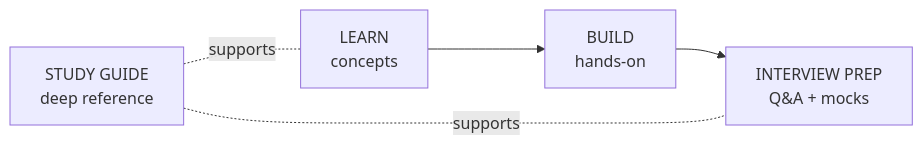
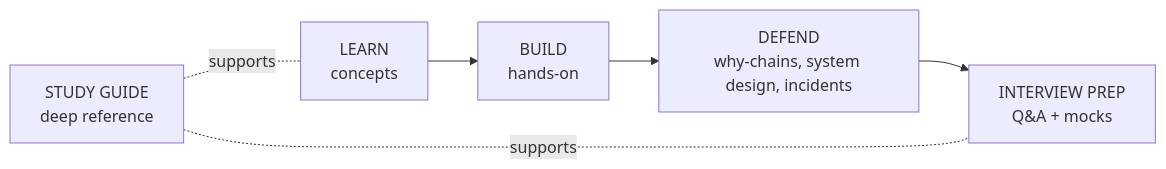
One commit to klnjoy/offerready changed the diagram in content/Start-Here/index.md. Above: the diagram before and after it, drawn with Mermaid. The commit also changed other lines of this file and 4 other files, not shown here.

Commit message:
Rebrand to navy+green palette; adopt Learn/Build/Defend/Interview positioning

````diff
--- a/content/Start-Here/index.md
+++ b/content/Start-Here/index.md
@@ -27,7 +27,8 @@
 ```mermaid
 flowchart LR
     L[LEARN<br/>concepts] --> B[BUILD<br/>hands-on]
-    B --> P[INTERVIEW PREP<br/>Q&A + mocks]
+    B --> D[DEFEND<br/>why-chains, system design, incidents]
+    D --> P[INTERVIEW PREP<br/>Q&A + mocks]
     SG[STUDY GUIDE<br/>deep reference] -.supports.- L
     SG -.supports.- P
 ```
````
